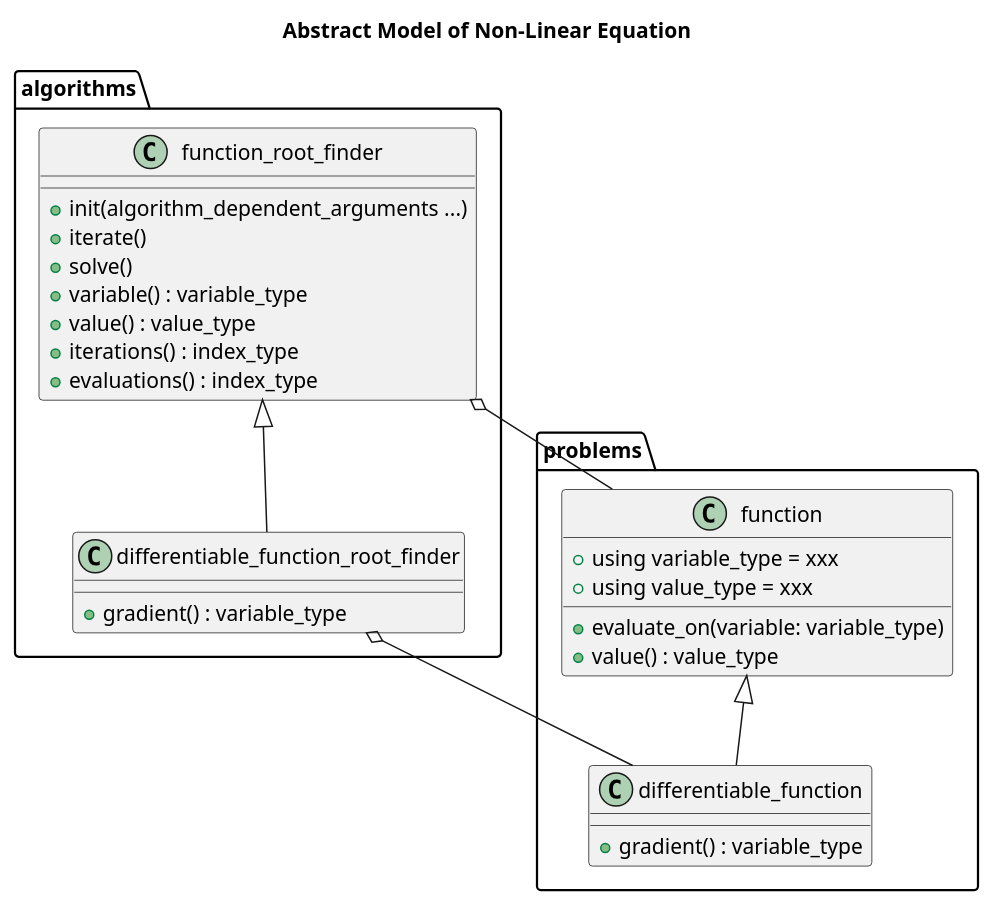
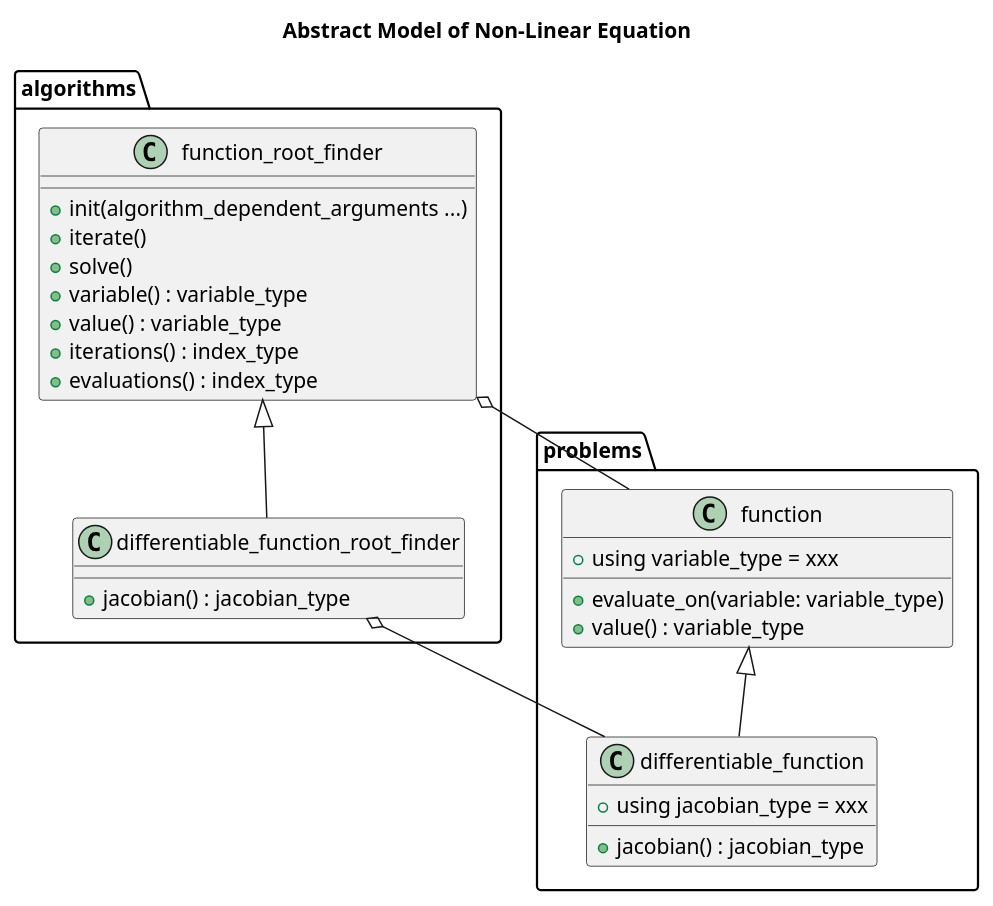
The diagram in doc/sphinx/src/basic_design/root_finding.rst (MusicScience37/numerical-collection-cpp), drawn with PlantUML before and after one commit. The commit also changed 6 other files, not shown here.

```diff
--- a/doc/sphinx/src/basic_design/root_finding.rst
+++ b/doc/sphinx/src/basic_design/root_finding.rst
@@ -10,36 +10,36 @@
 .. uml::
 
     title Abstract Model of Non-Linear Equation
 
     package problems {
         class function {
             + using variable_type = xxx
-            + using value_type = xxx
             + evaluate_on(variable: variable_type)
-            + value() : value_type
+            + value() : variable_type
         }
 
         class differentiable_function {
-            + gradient() : variable_type
+            + using jacobian_type = xxx
+            + jacobian() : jacobian_type
         }
         function <|-- differentiable_function
     }
 
     package algorithms {
         class function_root_finder {
             + init(algorithm_dependent_arguments ...)
             + iterate()
             + solve()
             + variable() : variable_type
-            + value() : value_type
+            + value() : variable_type
             + iterations() : index_type
             + evaluations() : index_type
         }
         function_root_finder o-- function
 
         class differentiable_function_root_finder {
-            + gradient() : variable_type
+            + jacobian() : jacobian_type
         }
         function_root_finder <|-- differentiable_function_root_finder
         differentiable_function_root_finder o-- differentiable_function
     }
```
